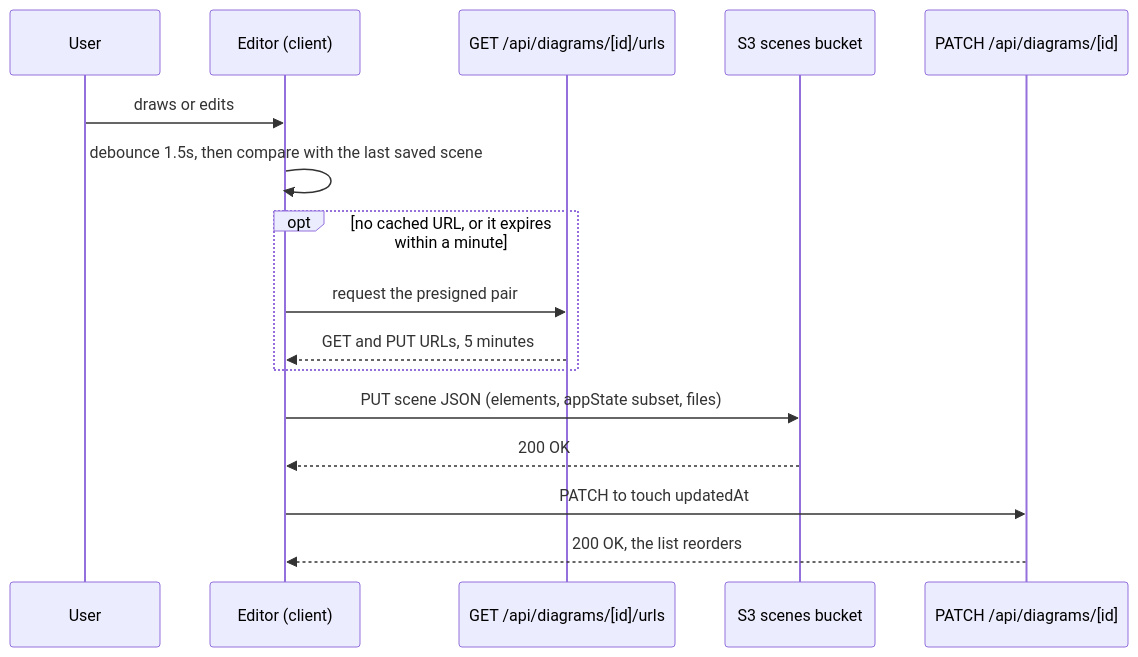
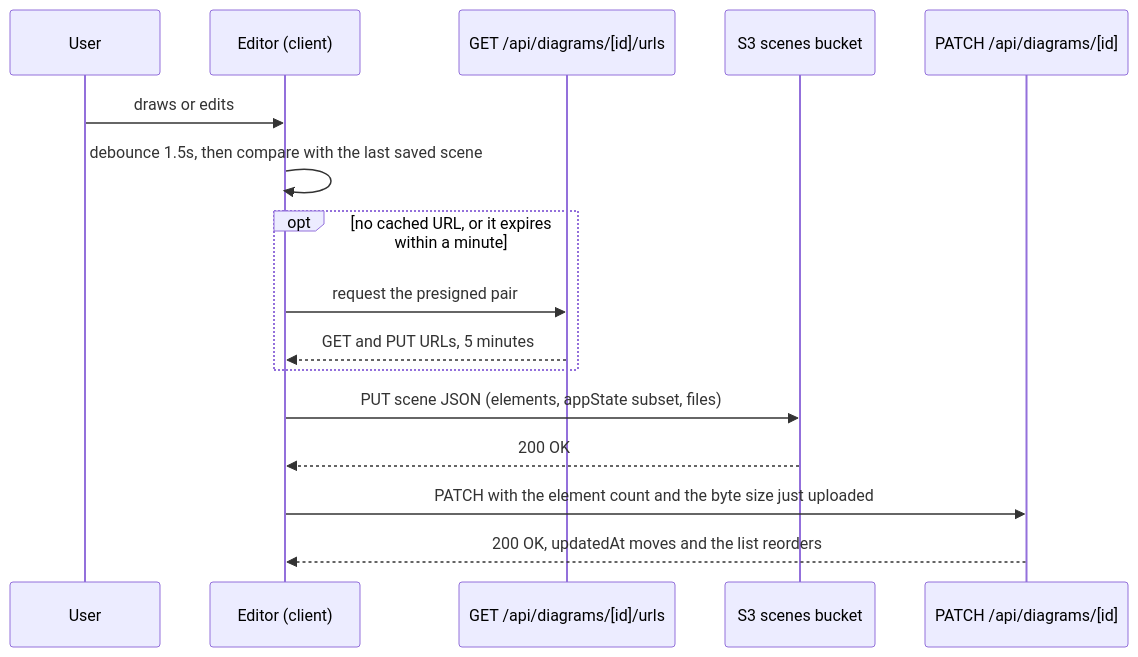
One commit to sebasfles/my-napkin changed the third of 4 diagrams in docs/modules/app/flows.md. Above: the diagram before and after it, drawn with Mermaid. The commit also changed other lines of this file and 7 other files, not shown here.

````diff
--- a/docs/modules/app/flows.md
+++ b/docs/modules/app/flows.md
@@ -43,18 +43,18 @@
 ```mermaid
 sequenceDiagram
   participant U as User
   participant E as Editor (client)
   participant API as GET /api/diagrams/[id]/urls
   participant S3 as S3 scenes bucket
   participant P as PATCH /api/diagrams/[id]
   U->>E: draws or edits
   E->>E: debounce 1.5s, then compare with the last saved scene
   opt no cached URL, or it expires within a minute
     E->>API: request the presigned pair
     API-->>E: GET and PUT URLs, 5 minutes
   end
   E->>S3: PUT scene JSON (elements, appState subset, files)
   S3-->>E: 200 OK
-  E->>P: PATCH to touch updatedAt
-  P-->>E: 200 OK, the list reorders
+  E->>P: PATCH with the element count and the byte size just uploaded
+  P-->>E: 200 OK, updatedAt moves and the list reorders
 ```
````
